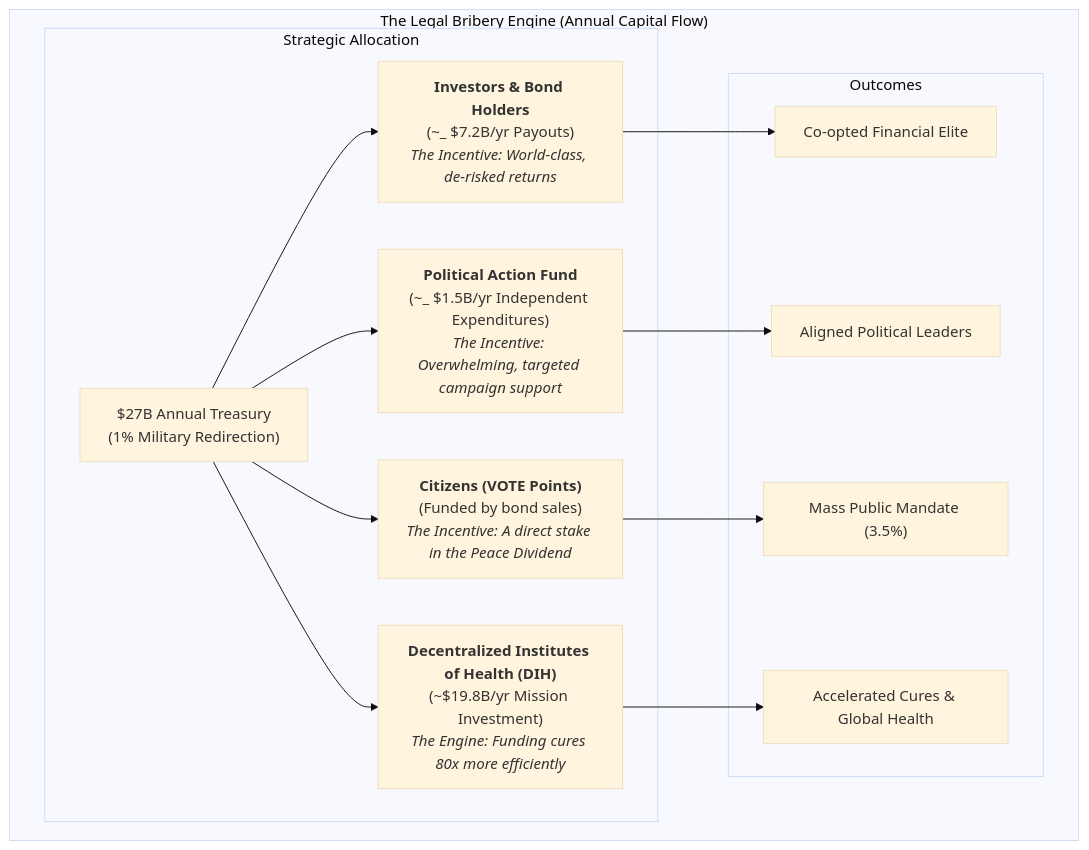
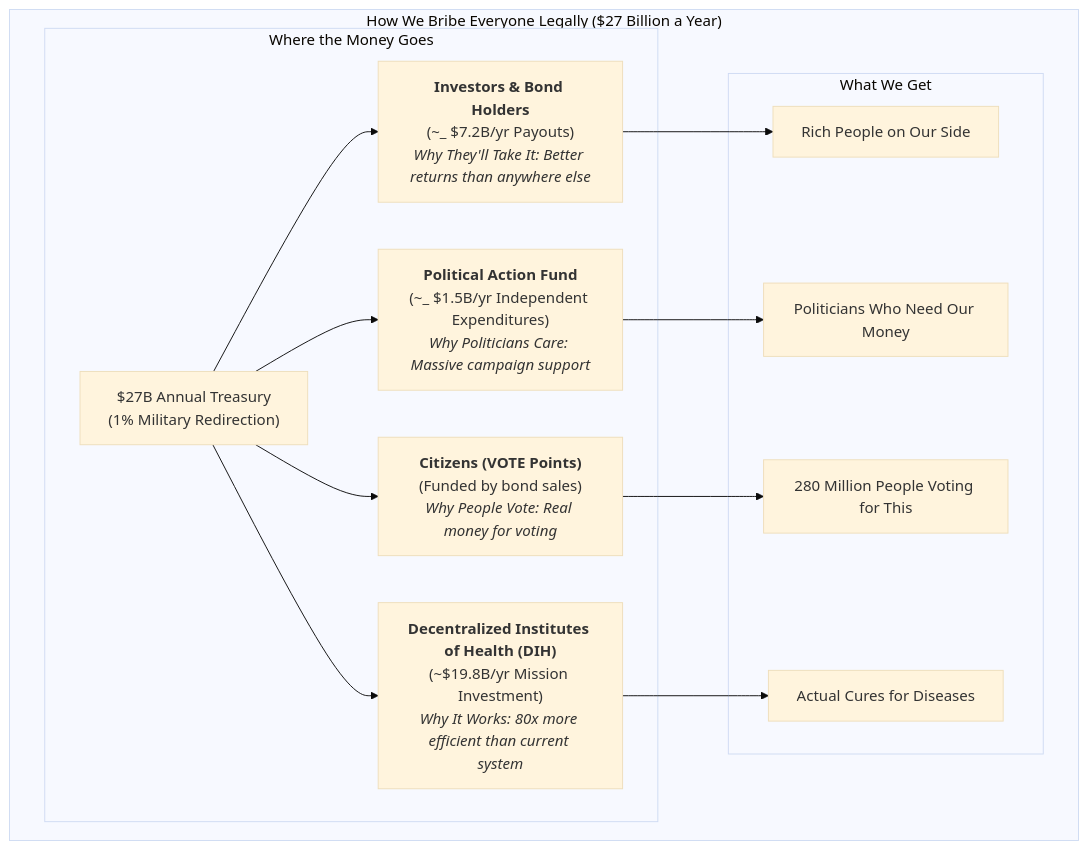
Before and after one commit to mikepsinn/disease-eradication-plan: the first of 2 diagrams in README.md, drawn with Mermaid (base theme). The commit also changed other lines of this file and 1 other file, not shown here.

````diff
--- a/README.md
+++ b/README.md
@@ -106,20 +106,20 @@
 ```mermaid
 graph TD;
-    subgraph "The Legal Bribery Engine (Annual Capital Flow)";
+    subgraph "How We Bribe Everyone Legally ($27 Billion a Year)";
         A["$27B Annual Treasury<br/>(1% Military Redirection)"];
 
-        subgraph "Strategic Allocation";
-            A --> B["<b>Investors & Bond Holders</b><br/>(~_ $7.2B/yr Payouts)<br/><i>The Incentive: World-class, de-risked returns</i>"];
-            A --> C["<b>Political Action Fund</b><br/>(~_ $1.5B/yr Independent Expenditures)<br/><i>The Incentive: Overwhelming, targeted campaign support</i>"];
-            A --> D["<b>Citizens (VOTE Points)</b><br/>(Funded by bond sales)<br/><i>The Incentive: A direct stake in the Peace Dividend</i>"];
-            A --> E["<b>Decentralized Institutes of Health (DIH)</b><br/>(~$19.8B/yr Mission Investment)<br/><i>The Engine: Funding cures 80x more efficiently</i>"];
+        subgraph "Where the Money Goes";
+            A --> B["<b>Investors & Bond Holders</b><br/>(~_ $7.2B/yr Payouts)<br/><i>Why They'll Take It: Better returns than anywhere else</i>"];
+            A --> C["<b>Political Action Fund</b><br/>(~_ $1.5B/yr Independent Expenditures)<br/><i>Why Politicians Care: Massive campaign support</i>"];
+            A --> D["<b>Citizens (VOTE Points)</b><br/>(Funded by bond sales)<br/><i>Why People Vote: Real money for voting</i>"];
+            A --> E["<b>Decentralized Institutes of Health (DIH)</b><br/>(~$19.8B/yr Mission Investment)<br/><i>Why It Works: 80x more efficient than current system</i>"];
         end
 
-        subgraph "Outcomes";
-            B --> F["Co-opted Financial Elite"];
-            C --> G["Aligned Political Leaders"];
-            D --> H["Mass Public Mandate (3.5%)"];
-            E --> I["Accelerated Cures & Global Health"];
+        subgraph "What We Get";
+            B --> F["Rich People on Our Side"];
+            C --> G["Politicians Who Need Our Money"];
+            D --> H["280 Million People Voting for This"];
+            E --> I["Actual Cures for Diseases"];
         end
     end
 ```
````
